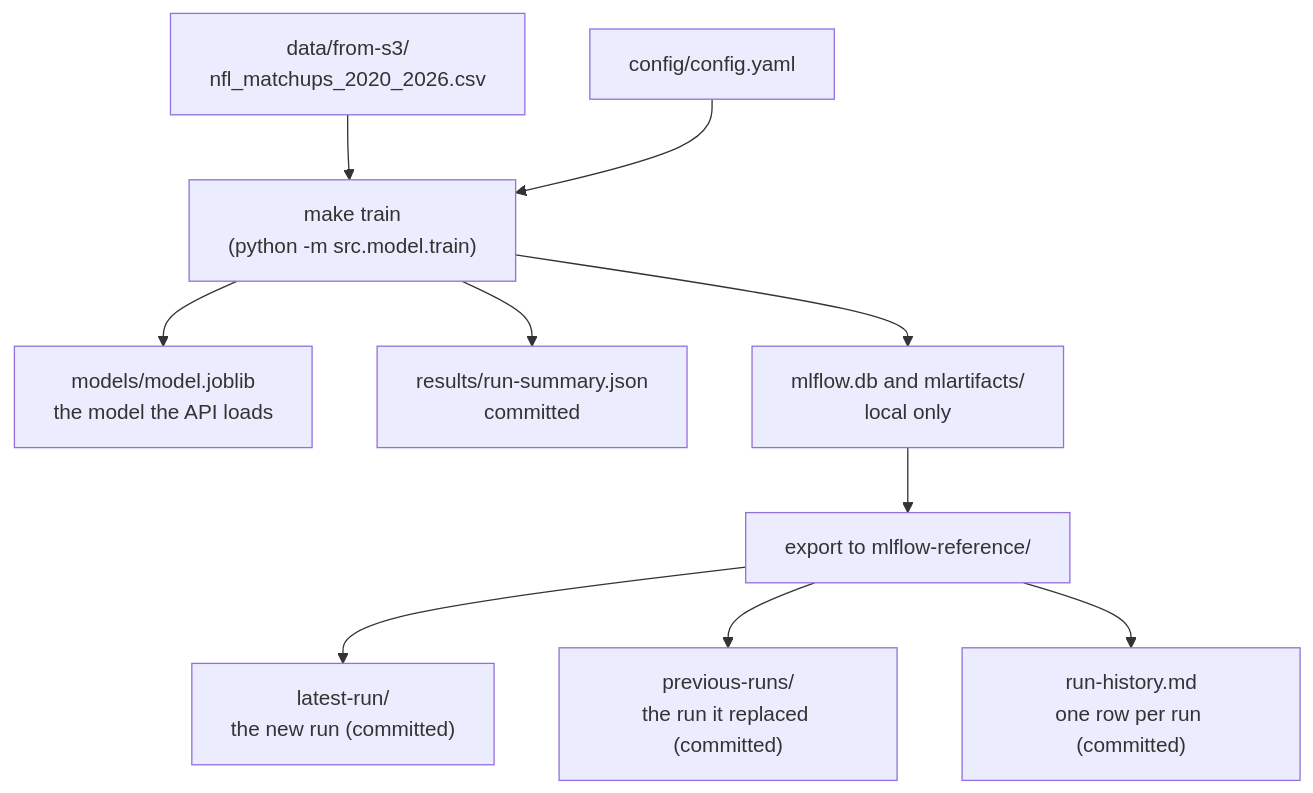
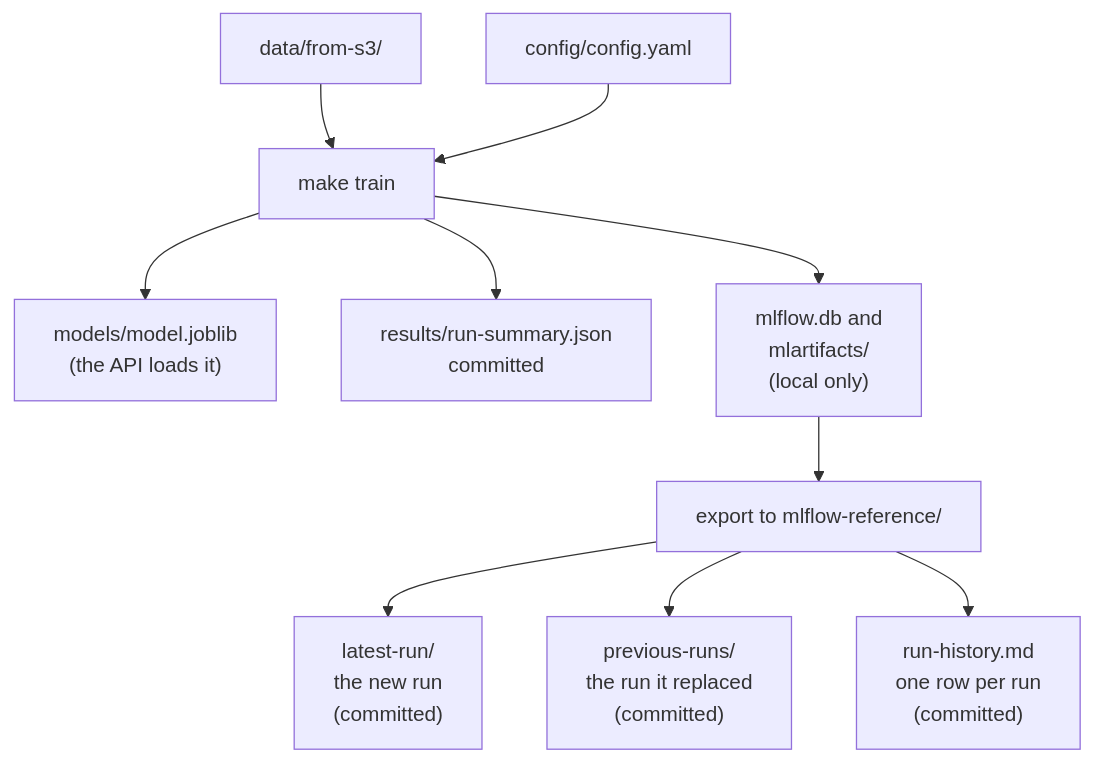
Before and after one commit to jconnors23/510-m3-nfl-prediction-analytics: the first of 2 diagrams in docs/implementation/phase-2/development-guide.md, drawn with Mermaid. The commit also changed other lines of this file and 47 other files, not shown here.

````diff
--- a/docs/implementation/phase-2/development-guide.md
+++ b/docs/implementation/phase-2/development-guide.md
@@ -20,12 +20,12 @@
 ```mermaid
 flowchart TB
-    A["data/from-s3/<br/>nfl_matchups_2020_2026.csv"] --> C["make train<br/>(python -m src.model.train)"]
+    A["data/from-s3/"] --> C["make train"]
     S["config/config.yaml"] --> C
-    C --> D["models/model.joblib<br/>the model the API loads"]
+    C --> D["models/model.joblib<br/>(the API loads it)"]
     C --> E["results/run-summary.json<br/>committed"]
-    C --> F["mlflow.db and mlartifacts/<br/>local only"]
+    C --> F["mlflow.db and<br/>mlartifacts/<br/>(local only)"]
     F --> X["export to mlflow-reference/"]
-    X --> L["latest-run/<br/>the new run (committed)"]
-    X --> P["previous-runs/<br/>the run it replaced (committed)"]
-    X --> H["run-history.md<br/>one row per run (committed)"]
+    X --> L["latest-run/<br/>the new run<br/>(committed)"]
+    X --> P["previous-runs/<br/>the run it replaced<br/>(committed)"]
+    X --> H["run-history.md<br/>one row per run<br/>(committed)"]
 ```
````
